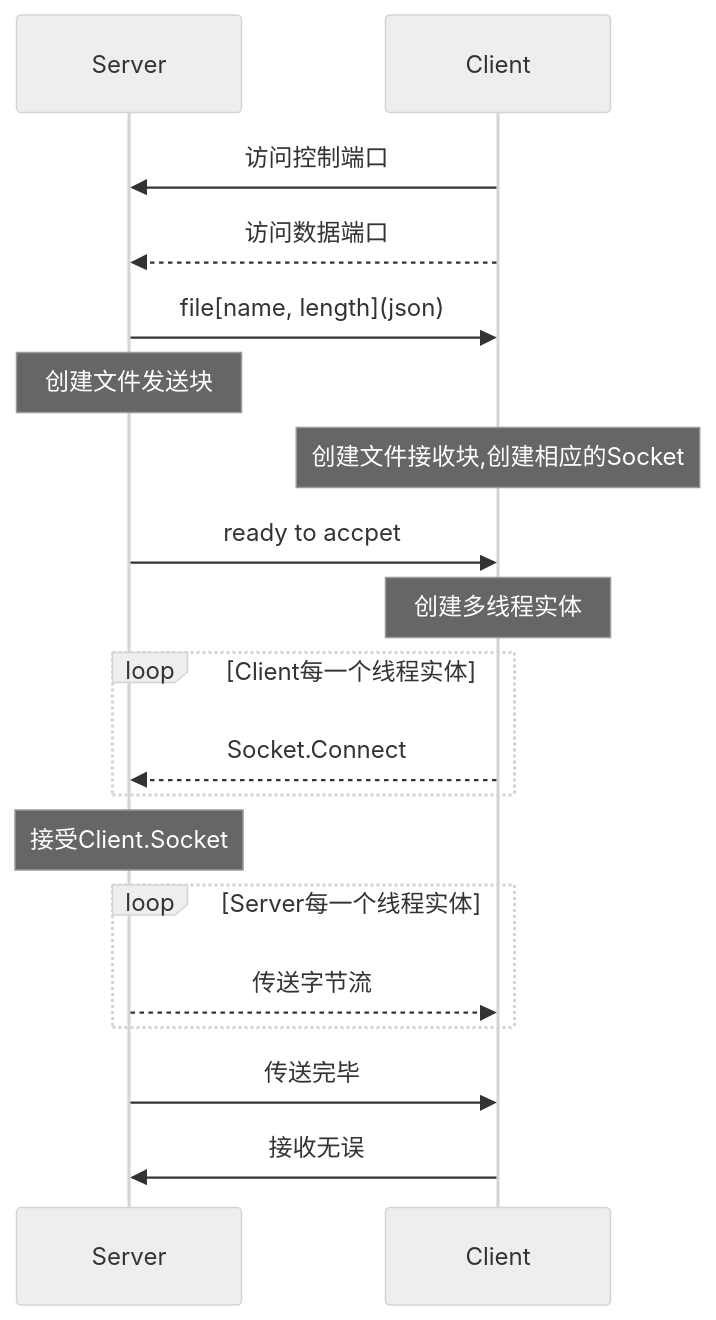
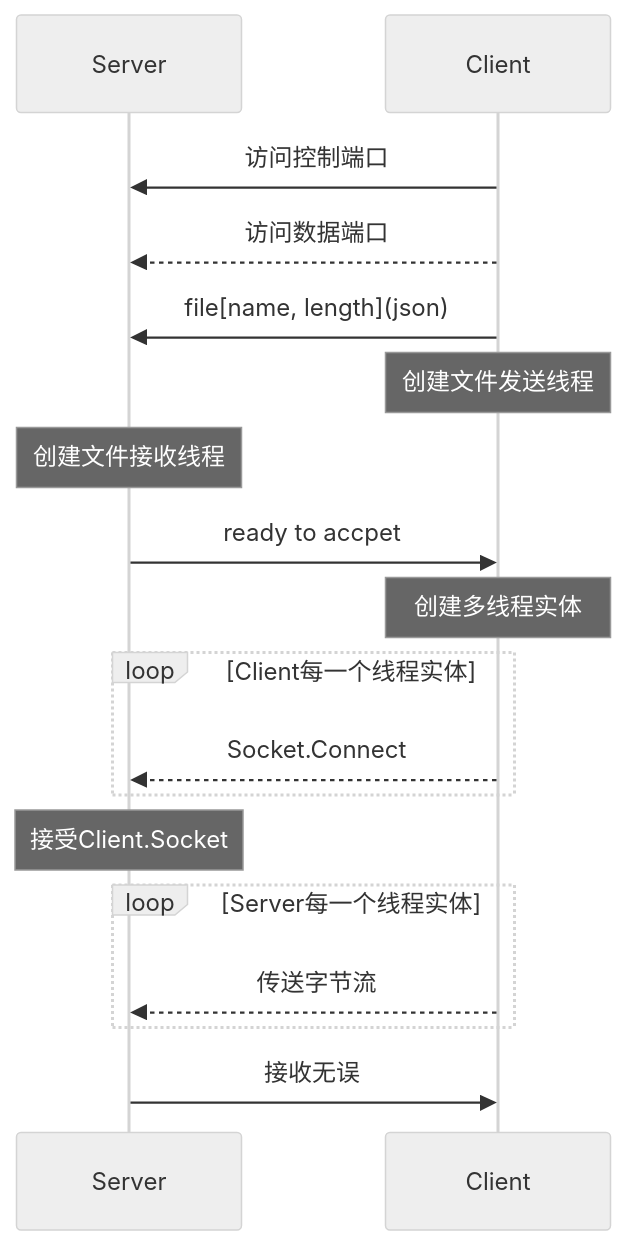
Before and after one commit to Hughsean/MultiThread-FileTransferr: the diagram in README.MD, drawn with Mermaid (neutral theme). The commit also changed other lines of this file and 15 other files, not shown here.

````diff
--- a/README.MD
+++ b/README.MD
@@ -1,22 +3,21 @@
 ```mermaid
 sequenceDiagram
 participant s as Server
 participant c as Client
 c->>s:访问控制端口
 c-->>s:访问数据端口
 
-s->>c:file[name, length](json)
-note over s:创建文件发送块
-note over c:创建文件接收块,创建相应的Socket
+c->>s:file[name, length](json)
+note over c:创建文件发送线程
+note over s:创建文件接收线程
 s->>c:ready to accpet
 note over c:创建多线程实体
 	loop Client每一个线程实体
 		c-->>s:Socket.Connect
 	end
 note over s:接受Client.Socket
 	loop Server每一个线程实体
-		s-->>c:传送字节流
+		c-->>s:传送字节流
 	end
-s->>c:传送完毕
-c->>s:接收无误
+s->>c:接收无误
 ```
````
